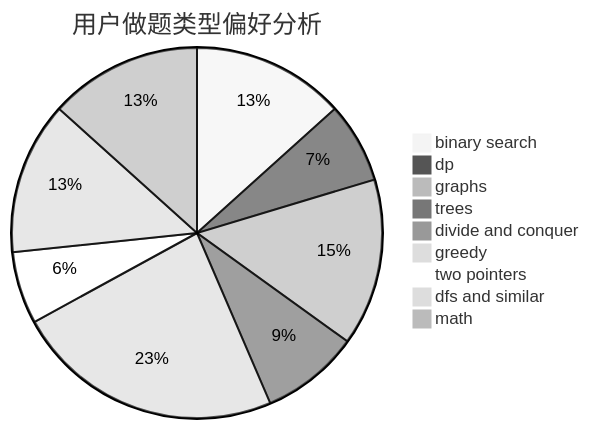
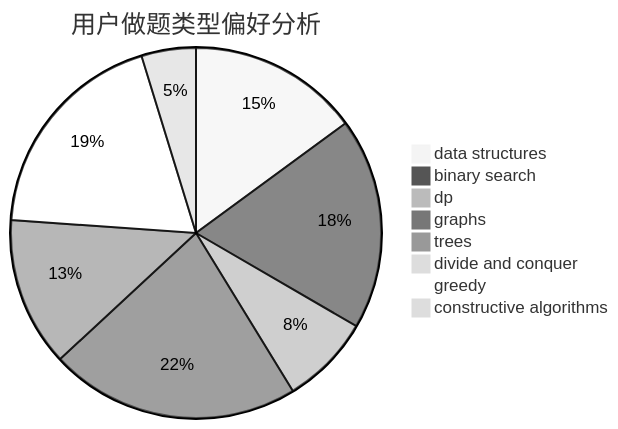
Before and after one commit to sherpahu/cfrs.github.io: the second of 3 diagrams in docs/user/u956.md, drawn with Mermaid (neutral theme). The commit also changed other lines of this file and 2775 other files, not shown here.

````diff
--- a/docs/user/u956.md
+++ b/docs/user/u956.md
@@ -23,12 +23,11 @@
 ```mermaid
 pie title 用户做题类型偏好分析
-    "binary search" :  169
-    "dp" :  89
-    "graphs" :  185
-    "trees" :  109
+    "data structures" :  110
+    "binary search" :  136
+    "dp" :  58
+    "graphs" :  161
+    "trees" :  96
     "divide and conquer" :  3
-    "greedy" :  298
-    "two pointers" :  80
-    "dfs and similar" :  169
-    "math" :  169
+    "greedy" :  141
+    "constructive algorithms" :  35
 ```
````
